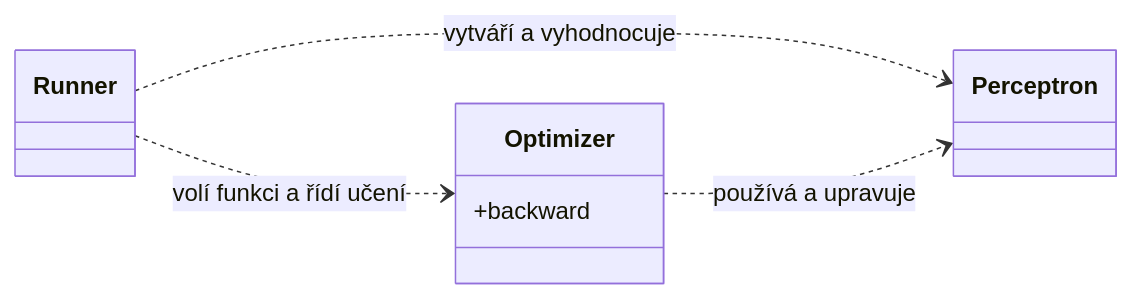
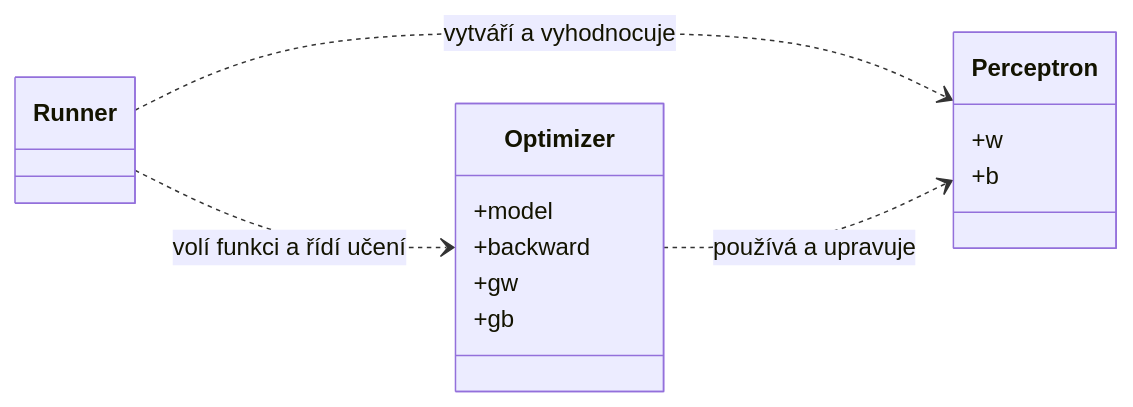
Before and after one commit to sooneoo/machine-learning: the diagram in 002-perceptron/spec/specifikace-perceptron.md, drawn with Mermaid. The commit also changed other lines of this file and 1 other file, not shown here.

````diff
--- a/002-perceptron/spec/specifikace-perceptron.md
+++ b/002-perceptron/spec/specifikace-perceptron.md
@@ -97,12 +100,18 @@
 ```mermaid
 classDiagram
     direction LR
     class Runner
     class Optimizer {
+        +model
         +backward
+        +gw
+        +gb
     }
-    class Perceptron
+    class Perceptron {
+        +w
+        +b
+    }
     Runner ..> Perceptron : vytváří a vyhodnocuje
     Runner ..> Optimizer : volí funkci a řídí učení
     Optimizer ..> Perceptron : používá a upravuje
 ```
````
